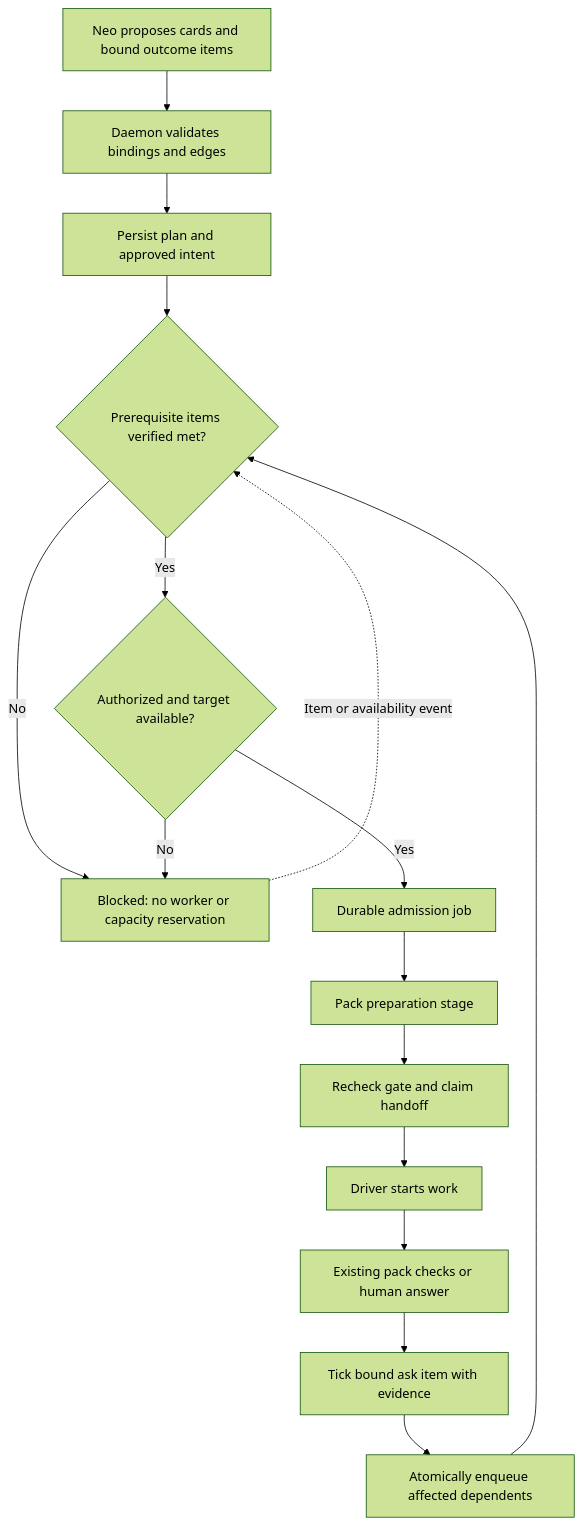
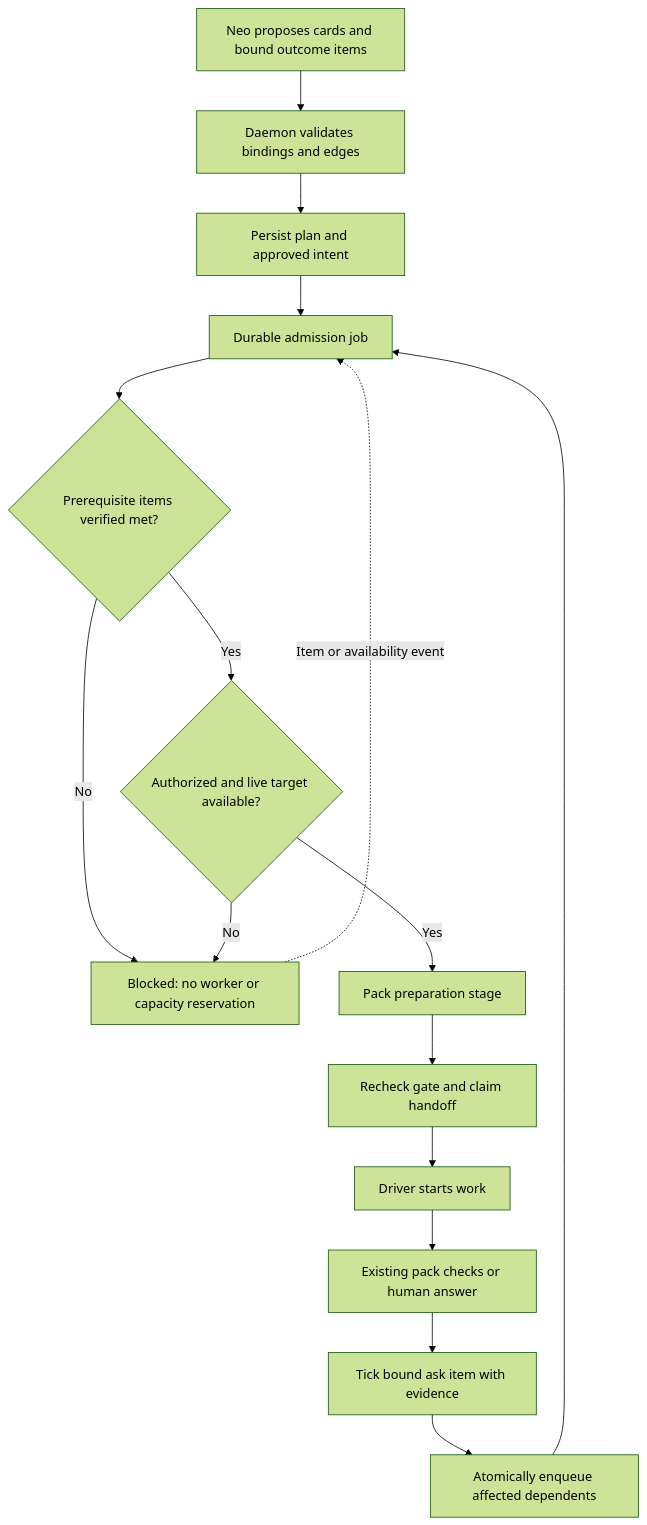
The first of 2 diagrams in docs/design/neo-work-dependencies.md (lsm/HyperNeo), drawn with Mermaid (forest theme) before and after one commit. The commit also changed other lines of this file, not shown here.

Commit message:
docs: define work plan revisions and live target admission

````diff
--- a/docs/design/neo-work-dependencies.md
+++ b/docs/design/neo-work-dependencies.md
@@ -105,18 +113,18 @@
 ```mermaid
 flowchart TD
     P[Neo proposes cards and bound outcome items] --> V[Daemon validates bindings and edges]
     V --> S[Persist plan and approved intent]
-    S --> G{Prerequisite items verified met?}
+    S --> J[Durable admission job]
+    J --> G{Prerequisite items verified met?}
     G -->|No| B[Blocked: no worker or capacity reservation]
-    G -->|Yes| A{Authorized and target available?}
+    G -->|Yes| A{Authorized and live target available?}
     A -->|No| B
-    A -->|Yes| J[Durable admission job]
-    J --> K[Pack preparation stage]
+    A -->|Yes| K[Pack preparation stage]
     K --> D[Recheck gate and claim handoff]
     D --> W[Driver starts work]
     W --> E[Existing pack checks or human answer]
     E --> M[Tick bound ask item with evidence]
     M --> Q[Atomically enqueue affected dependents]
-    Q --> G
-    B -. Item or availability event .-> G
+    Q --> J
+    B -. Item or availability event .-> J
 ```
````
